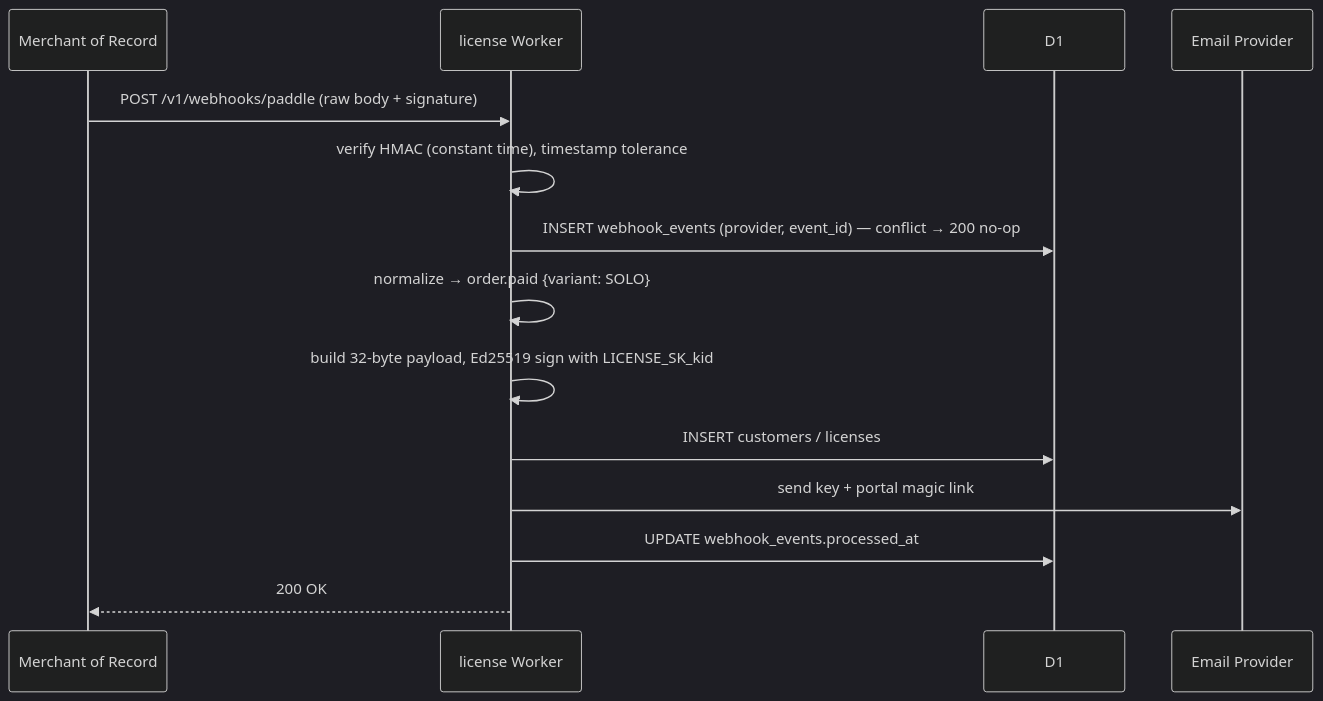
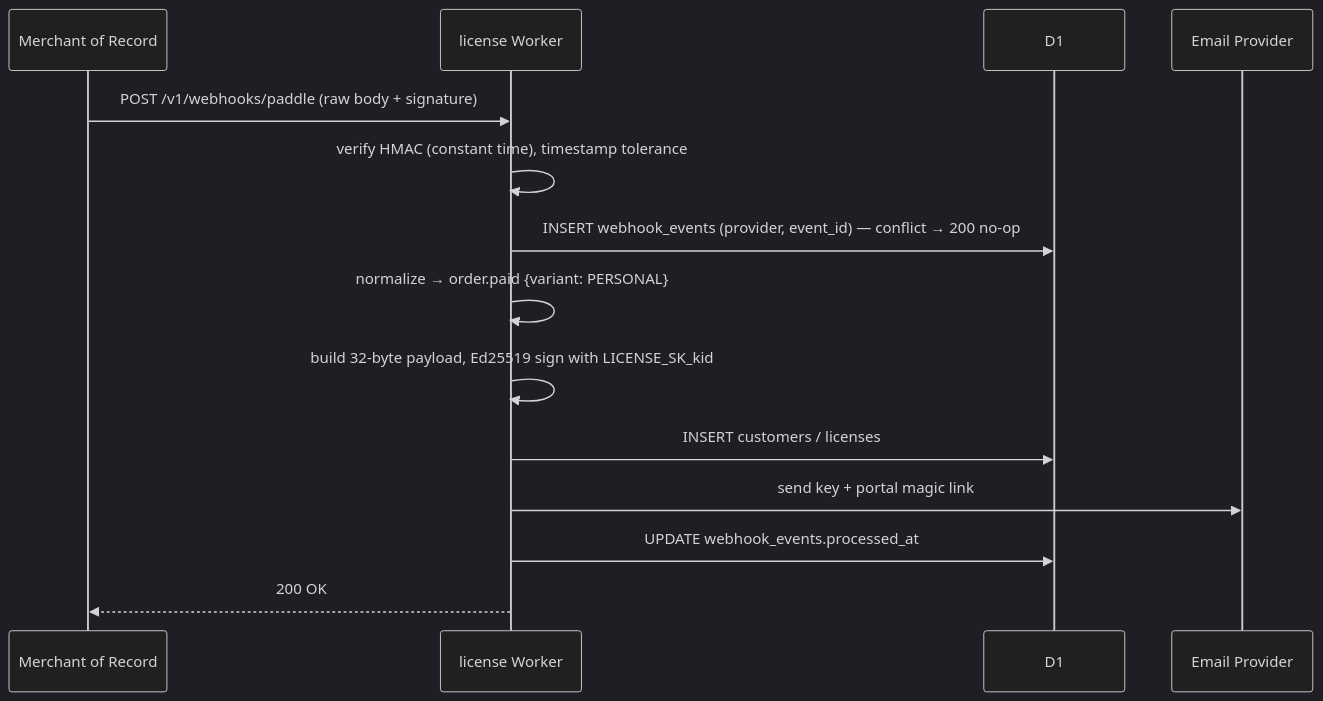
Before and after one commit to kmtheKing/GhostBrain: the third of 3 diagrams in docs/02-LICENSING-AND-BILLING.md, drawn with Mermaid (dark theme). The commit also changed other lines of this file, not shown here.

Commit message:
docs(licensing): update commercial tiers to Personal, Cloud+, and Clinic & Business

````diff
--- a/docs/02-LICENSING-AND-BILLING.md
+++ b/docs/02-LICENSING-AND-BILLING.md
@@ -254,16 +249,16 @@
 ```mermaid
 sequenceDiagram
   participant MoR as Merchant of Record
   participant W as license Worker
   participant D as D1
   participant E as Email Provider
   MoR->>W: POST /v1/webhooks/paddle (raw body + signature)
   W->>W: verify HMAC (constant time), timestamp tolerance
   W->>D: INSERT webhook_events (provider, event_id) — conflict → 200 no-op
-  W->>W: normalize → order.paid {variant: SOLO}
+  W->>W: normalize → order.paid {variant: PERSONAL}
   W->>W: build 32-byte payload, Ed25519 sign with LICENSE_SK_kid
   W->>D: INSERT customers / licenses
   W->>E: send key + portal magic link
   W->>D: UPDATE webhook_events.processed_at
   W-->>MoR: 200 OK
 ```
````
